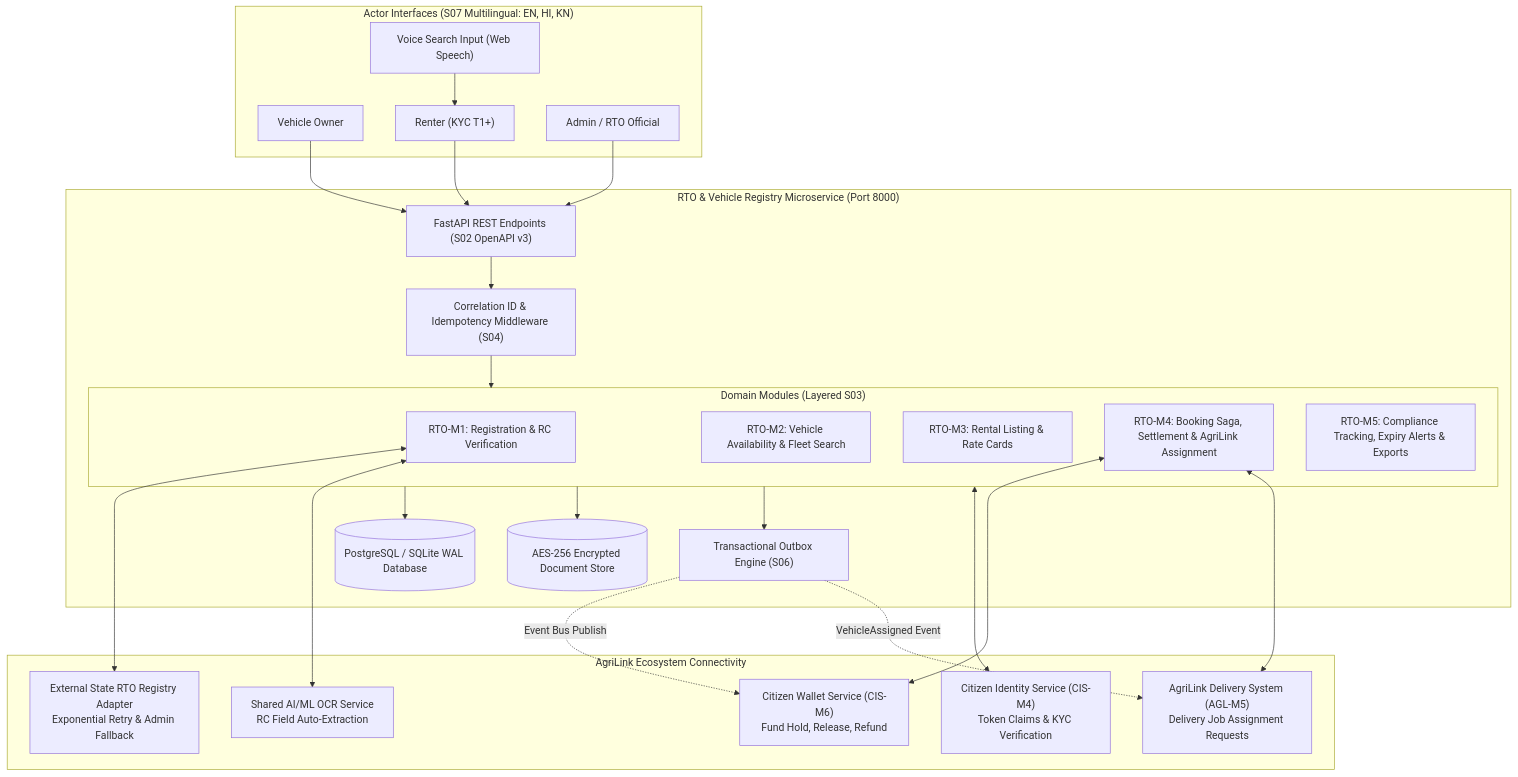
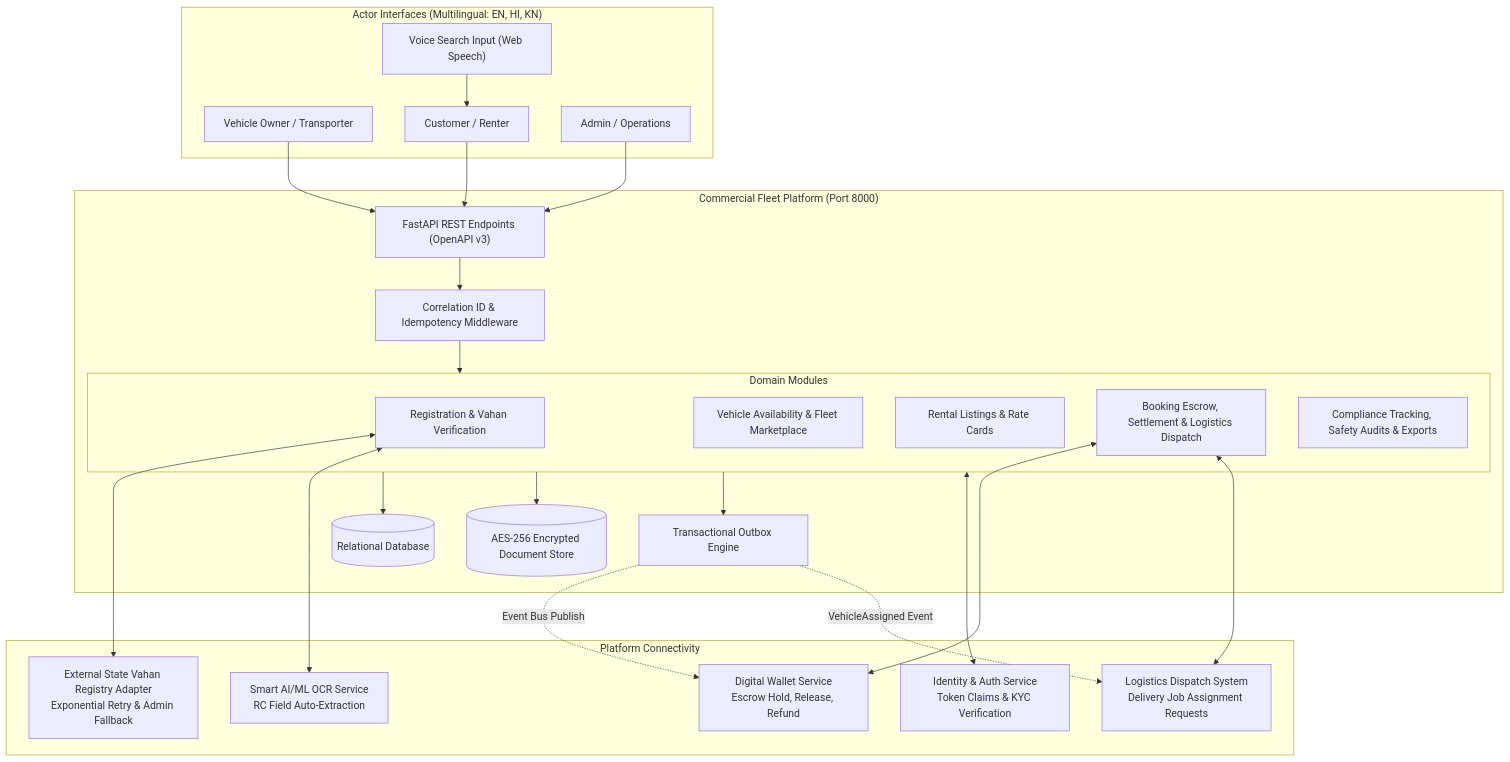
One commit to Amrutheshwari01/Microservice_Vehicle- changed the first of 3 diagrams in docs/ARCHITECTURE.md. Above: the diagram before and after it, drawn with Mermaid. The commit also changed other lines of this file and 33 other files, not shown here.

````diff
--- a/docs/ARCHITECTURE.md
+++ b/docs/ARCHITECTURE.md
@@ -10,52 +10,52 @@
 ```mermaid
 flowchart TD
-    subgraph Clients["Actor Interfaces (S07 Multilingual: EN, HI, KN)"]
-        Owner["Vehicle Owner"]
-        Renter["Renter (KYC T1+)"]
-        Admin["Admin / RTO Official"]
+    subgraph Clients["Actor Interfaces (Multilingual: EN, HI, KN)"]
+        Owner["Vehicle Owner / Transporter"]
+        Renter["Customer / Renter"]
+        Admin["Admin / Operations"]
         Voice["Voice Search Input (Web Speech)"]
     end
 
-    subgraph RTO_Microservice["RTO & Vehicle Registry Microservice (Port 8000)"]
-        API["FastAPI REST Endpoints (S02 OpenAPI v3)"]
-        MW["Correlation ID & Idempotency Middleware (S04)"]
+    subgraph Fleet_Platform["Commercial Fleet Platform (Port 8000)"]
+        API["FastAPI REST Endpoints (OpenAPI v3)"]
+        MW["Correlation ID & Idempotency Middleware"]
 
-        subgraph Core_Modules["Domain Modules (Layered S03)"]
-            M1["RTO-M1: Registration & RC Verification"]
-            M2["RTO-M2: Vehicle Availability & Fleet Search"]
-            M3["RTO-M3: Rental Listing & Rate Cards"]
-            M4["RTO-M4: Booking Saga, Settlement & AgriLink Assignment"]
-            M5["RTO-M5: Compliance Tracking, Expiry Alerts & Exports"]
+        subgraph Core_Modules["Domain Modules"]
+            M1["Registration & Vahan Verification"]
+            M2["Vehicle Availability & Fleet Marketplace"]
+            M3["Rental Listings & Rate Cards"]
+            M4["Booking Escrow, Settlement & Logistics Dispatch"]
+            M5["Compliance Tracking, Safety Audits & Exports"]
         end
 
-        Outbox["Transactional Outbox Engine (S06)"]
-        DB[(PostgreSQL / SQLite WAL Database)]
+        Outbox["Transactional Outbox Engine"]
+        DB[(Relational Database)]
         Filestore[(AES-256 Encrypted Document Store)]
     end
 
-    subgraph External_Microservices["AgriLink Ecosystem Connectivity"]
-        CIS_Identity["Citizen Identity Service (CIS-M4)\nToken Claims & KYC Verification"]
-        CIS_Wallet["Citizen Wallet Service (CIS-M6)\nFund Hold, Release, Refund"]
-        AGL_Delivery["AgriLink Delivery System (AGL-M5)\nDelivery Job Assignment Requests"]
-        Ext_Registry["External State RTO Registry Adapter\nExponential Retry & Admin Fallback"]
-        AI_OCR["Shared AI/ML OCR Service\nRC Field Auto-Extraction"]
+    subgraph External_Services["Platform Connectivity"]
+        CIS_Identity["Identity & Auth Service\nToken Claims & KYC Verification"]
+        CIS_Wallet["Digital Wallet Service\nEscrow Hold, Release, Refund"]
+        AGL_Delivery["Logistics Dispatch System\nDelivery Job Assignment Requests"]
+        Ext_Registry["External State Vahan Registry Adapter\nExponential Retry & Admin Fallback"]
+        AI_OCR["Smart AI/ML OCR Service\nRC Field Auto-Extraction"]
     end
 
     Owner --> API
     Renter --> API
     Admin --> API
     Voice --> Renter
 
     API --> MW --> Core_Modules
     Core_Modules --> DB
     Core_Modules --> Filestore
     Core_Modules --> Outbox
 
     M1 <--> Ext_Registry
     M1 <--> AI_OCR
     Core_Modules <--> CIS_Identity
     M4 <--> CIS_Wallet
     M4 <--> AGL_Delivery
     Outbox -.->|Event Bus Publish| CIS_Wallet
     Outbox -.->|VehicleAssigned Event| AGL_Delivery
 ```
````
